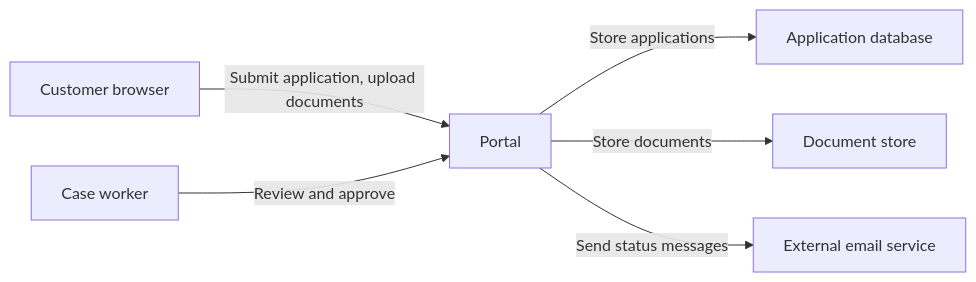
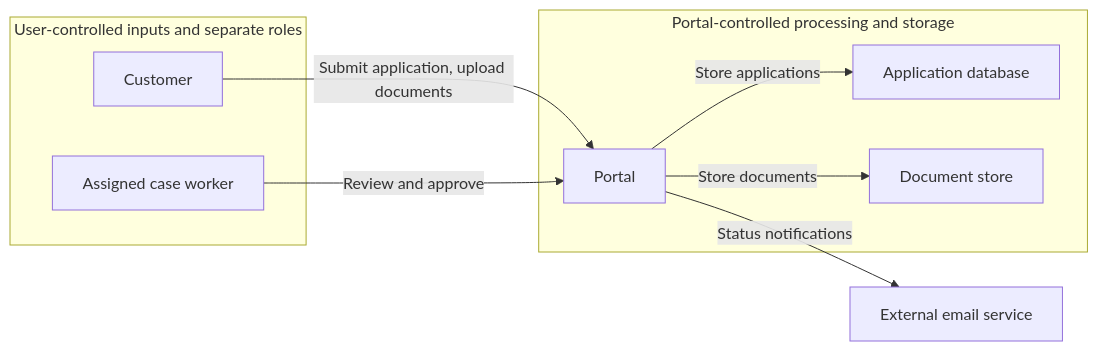
One commit to appsec-foundry/appsec-skills changed the diagram in tests/fixtures/threat-model-checks/model-good.md. Above: the diagram before and after it, drawn with Mermaid. The commit also changed other lines of this file and 12 other files, not shown here.

````diff
--- a/tests/fixtures/threat-model-checks/model-good.md
+++ b/tests/fixtures/threat-model-checks/model-good.md
@@ -25,8 +25,17 @@
 ```mermaid
 flowchart LR
-    customer["Customer browser"] -->|Submit application, upload documents| portal["Portal"]
-    worker["Case worker"] -->|Review and approve| portal
-    portal -->|Store applications| db["Application database"]
-    portal -->|Store documents| files["Document store"]
-    portal -->|Send status messages| mail["External email service"]
+    subgraph people["User-controlled inputs and separate roles"]
+        customer["Customer"]
+        worker["Assigned case worker"]
+    end
+    subgraph service["Portal-controlled processing and storage"]
+        portal["Portal"]
+        db["Application database"]
+        files["Document store"]
+        portal -->|Store applications| db
+        portal -->|Store documents| files
+    end
+    customer -->|Submit application, upload documents| portal
+    worker -->|Review and approve| portal
+    portal -->|Status notifications| mail["External email service"]
 ```
````
